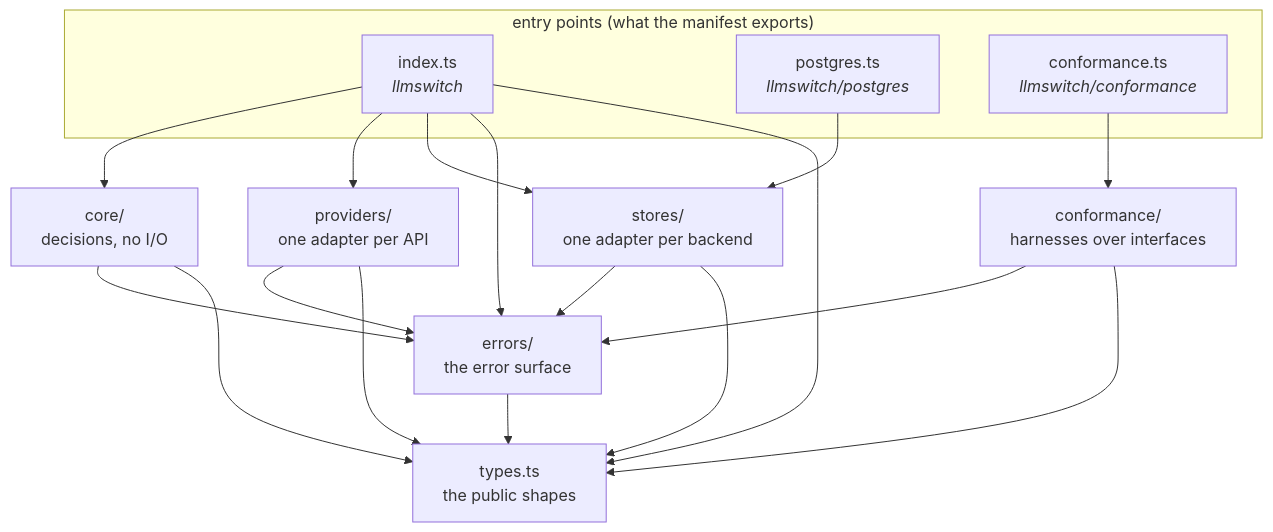
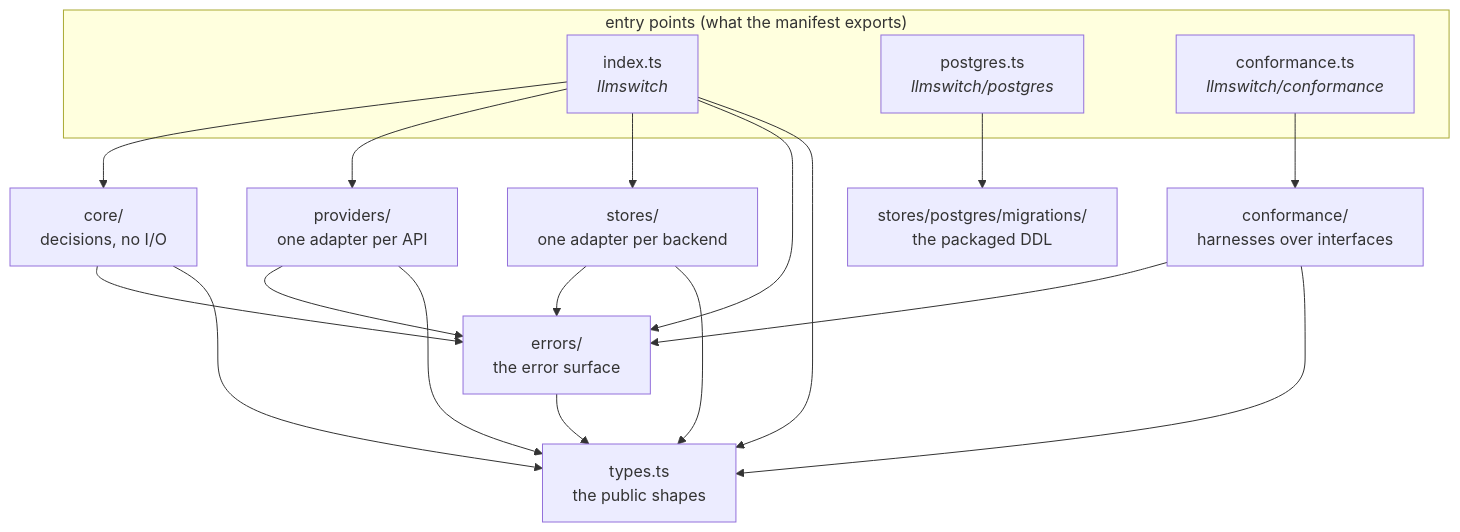
Before and after one commit to parvezrob/llmdispatch: the diagram in docs/architecture.md, drawn with Mermaid. The commit also changed other lines of this file and 46 other files, not shown here.

````diff
--- a/docs/architecture.md
+++ b/docs/architecture.md
@@ -12,32 +12,32 @@
 ```mermaid
 graph TD
   subgraph entries["entry points (what the manifest exports)"]
     root["index.ts<br/><i>llmswitch</i>"]
     pg["postgres.ts<br/><i>llmswitch/postgres</i>"]
     conf["conformance.ts<br/><i>llmswitch/conformance</i>"]
   end
 
   core["core/<br/>decisions, no I/O"]
   providers["providers/<br/>one adapter per API"]
   stores["stores/<br/>one adapter per backend"]
   suites["conformance/<br/>harnesses over interfaces"]
   errors["errors/<br/>the error surface"]
   types["types.ts<br/>the public shapes"]
 
   root --> core
   root --> providers
   root --> stores
   root --> errors
   root --> types
-  pg --> stores
+  pg --> migrations["stores/postgres/migrations/<br/>the packaged DDL"]
   conf --> suites
   core --> errors
   providers --> errors
   stores --> errors
   suites --> errors
   core --> types
   providers --> types
   stores --> types
   suites --> types
   errors --> types
 ```
````
